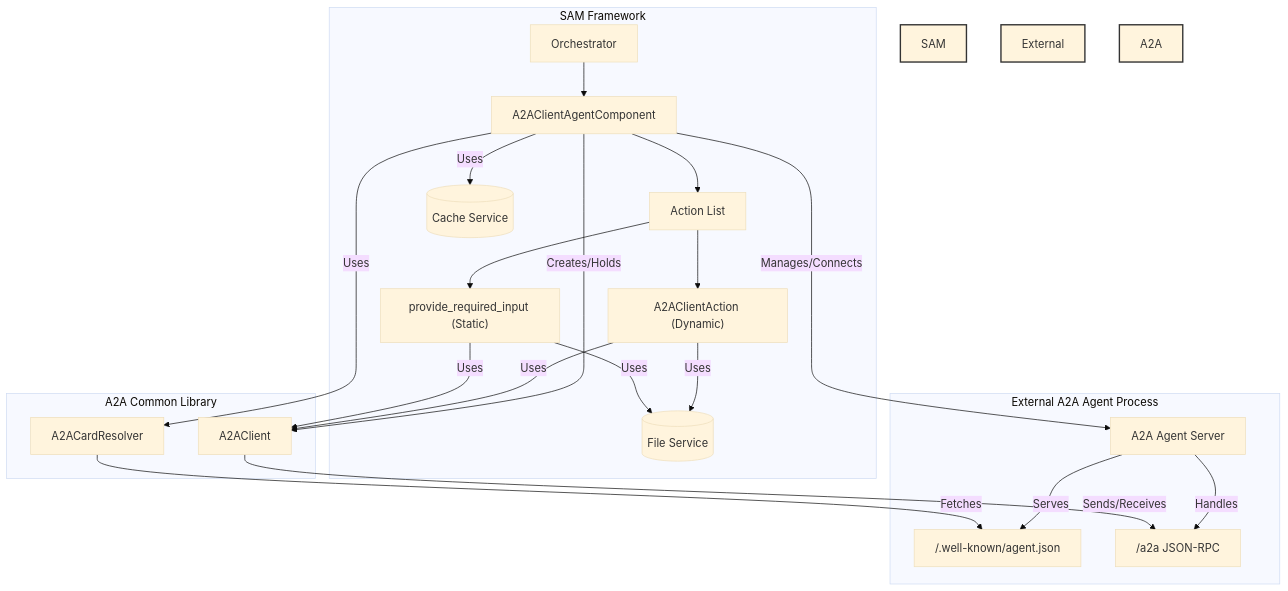
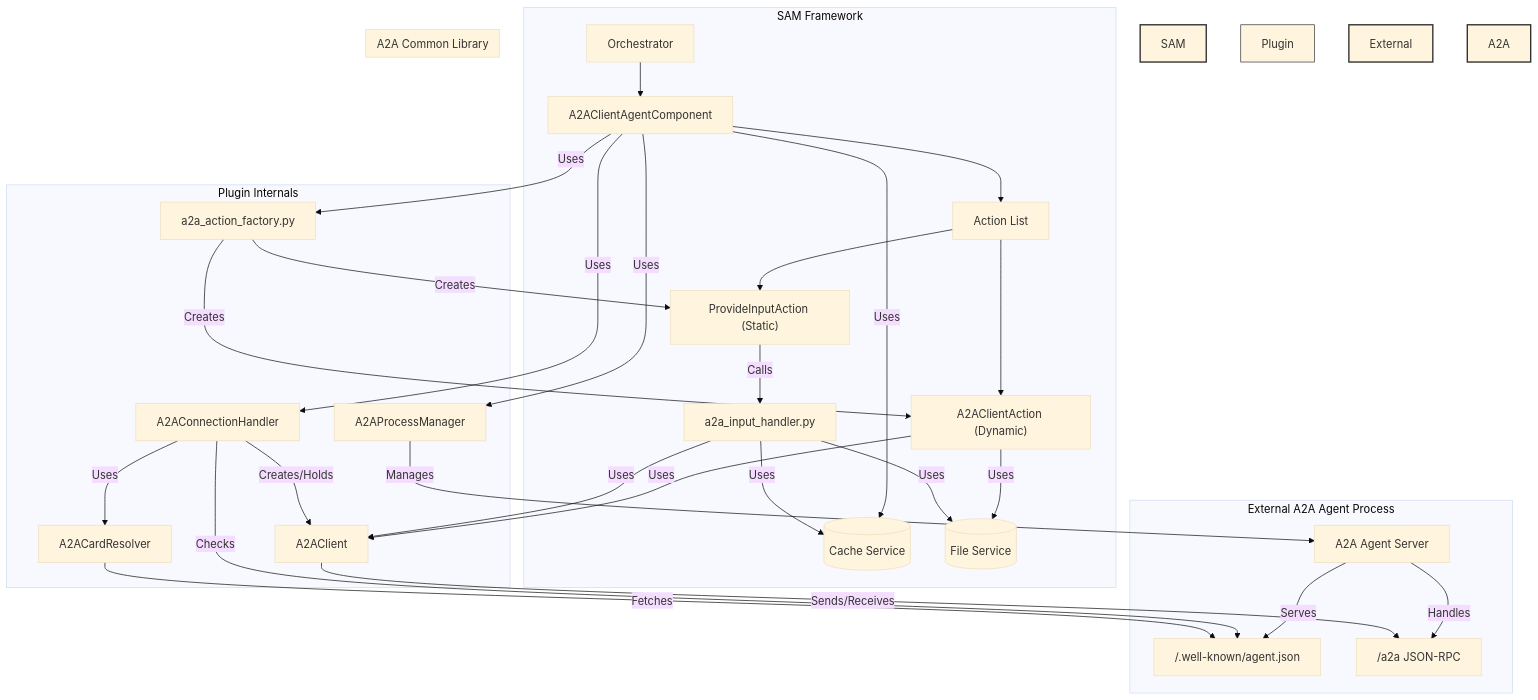
One commit to SolaceLabs/solace-agent-mesh-core-plugins changed the first of 4 diagrams in sam-a2a-client/sam-a2a-client-architecture.md. Above: the diagram before and after it, drawn with Mermaid (base theme). The commit also changed other lines of this file, not shown here.

Commit message:
docs: update architecture doc to reflect refactored structure

````diff
--- a/sam-a2a-client/sam-a2a-client-architecture.md
+++ b/sam-a2a-client/sam-a2a-client-architecture.md
@@ -31,40 +39,50 @@
 ```mermaid
 graph TD
     subgraph SAM Framework
         Orchestrator --> A2AClientAgentComponent;
         A2AClientAgentComponent --> ActionList[Action List];
         ActionList --> A2AClientAction["A2AClientAction (Dynamic)"];
-        ActionList --> ProvideInputAction["provide_required_input (Static)"];
+        ActionList --> ProvideInputAction["ProvideInputAction (Static)"];
         A2AClientAgentComponent -- Uses --> CacheService[(Cache Service)];
         A2AClientAction -- Uses --> FileService[(File Service)];
-        ProvideInputAction -- Uses --> FileService;
+        ProvideInputAction -- Calls --> InputHandlerModule["a2a_input_handler.py"];
+    end
+
+    subgraph Plugin Internals
+        A2AClientAgentComponent -- Uses --> ProcessManager["A2AProcessManager"];
+        A2AClientAgentComponent -- Uses --> ConnectionHandler["A2AConnectionHandler"];
+        A2AClientAgentComponent -- Uses --> ActionFactoryModule["a2a_action_factory.py"];
+        ActionFactoryModule -- Creates --> A2AClientAction;
+        ActionFactoryModule -- Creates --> ProvideInputAction;
+        ConnectionHandler -- Creates/Holds --> A2AClientLib;
+        ConnectionHandler -- Uses --> A2ACardResolverLib;
+        A2AClientAction -- Uses --> A2AClientLib;
+        InputHandlerModule["a2a_input_handler.py"] -- Uses --> A2AClientLib;
+        InputHandlerModule -- Uses --> CacheService;
+        InputHandlerModule -- Uses --> FileService;
     end
 
     subgraph A2A Common Library
         A2AClientLib[A2AClient];
         A2ACardResolverLib[A2ACardResolver];
     end
 
     subgraph External A2A Agent Process
         A2AAgentServer[A2A Agent Server];
         AgentCardEndpoint["/.well-known/agent.json"];
         A2AEndpoint["/a2a JSON-RPC"];
         A2AAgentServer -- Serves --> AgentCardEndpoint;
         A2AAgentServer -- Handles --> A2AEndpoint;
     end
 
-    A2AClientAgentComponent -- Manages/Connects --> A2AAgentServer;
-    A2AClientAgentComponent -- Uses --> A2ACardResolverLib;
-    A2AClientAgentComponent -- Creates/Holds --> A2AClientLib;
-
-    A2AClientAction -- Uses --> A2AClientLib;
-    ProvideInputAction -- Uses --> A2AClientLib;
-
+    ProcessManager -- Manages --> A2AAgentServer;
+    ConnectionHandler -- Checks --> AgentCardEndpoint;
     A2ACardResolverLib -- Fetches --> AgentCardEndpoint;
     A2AClientLib -- Sends/Receives --> A2AEndpoint;
 
     style SAM Framework fill:#f9f,stroke:#333,stroke-width:2px;
+    style Plugin Internals fill:#ffc,stroke:#333,stroke-width:1px;
     style External A2A Agent Process fill:#ccf,stroke:#333,stroke-width:2px;
     style A2A Common Library fill:#cfc,stroke:#333,stroke-width:2px;
 
 ```
````
